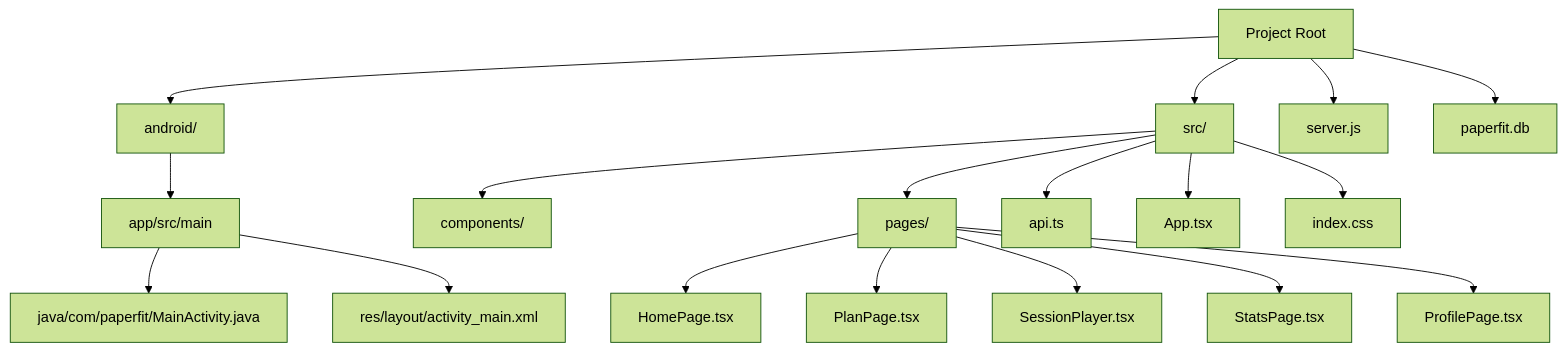
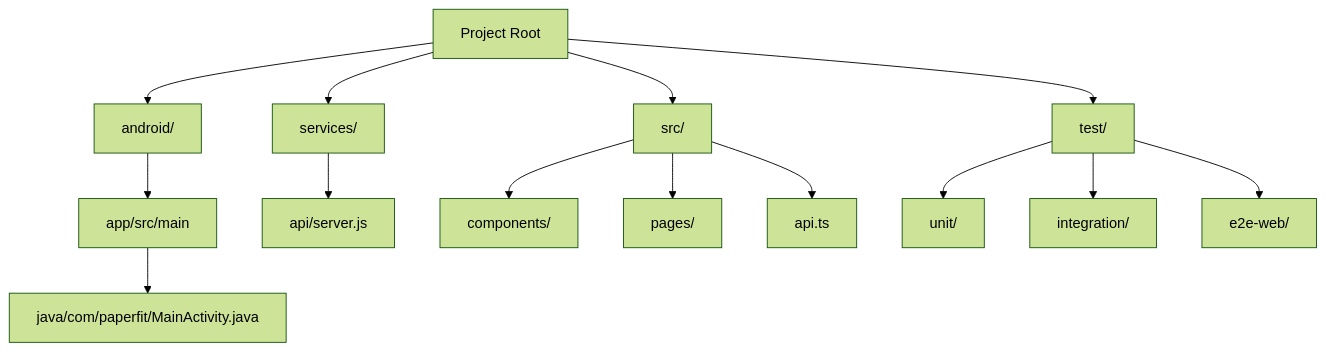
Before and after one commit to lowspeclabs/test-workout-tracker: the diagram in README.md, drawn with Mermaid (forest theme). The commit also changed other lines of this file and 4 other files, not shown here.

First line of the commit message:
Finalize PaperFit Architecture, Comments, and Testing

````diff
--- a/README.md
+++ b/README.md
@@ -7,24 +31,21 @@
 ```mermaid
 graph TD
     Root[Project Root]
     Root --> Android[android/]
+    Root --> Services[services/]
     Root --> Src[src/]
-    Root --> Server[server.js]
-    Root --> DB[paperfit.db]
+    Root --> Test[test/]
 
     Android --> App[app/src/main]
     App --> Java[java/com/paperfit/MainActivity.java]
-    App --> Res[res/layout/activity_main.xml]
+
+    Services --> API[api/server.js]
 
     Src --> Components[components/]
     Src --> Pages[pages/]
-    Src --> API[api.ts]
-    Src --> AppTSX[App.tsx]
-    Src --> CSS[index.css]
+    Src --> APIClient[api.ts]
 
-    Pages --> Home[HomePage.tsx]
-    Pages --> Plan[PlanPage.tsx]
-    Pages --> Session[SessionPlayer.tsx]
-    Pages --> Stats[StatsPage.tsx]
-    Pages --> Profile[ProfilePage.tsx]
+    Test --> Unit[unit/]
+    Test --> Integration[integration/]
+    Test --> E2E[e2e-web/]
 ```
````
